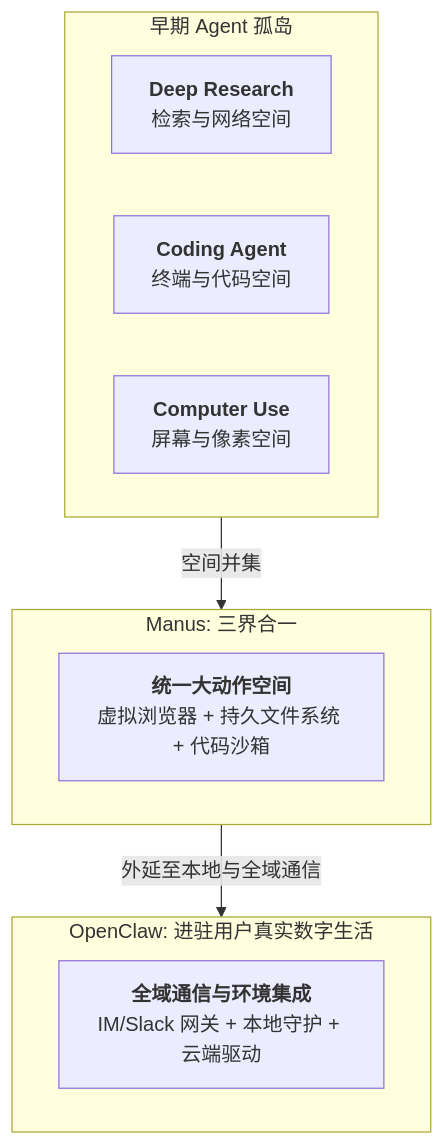
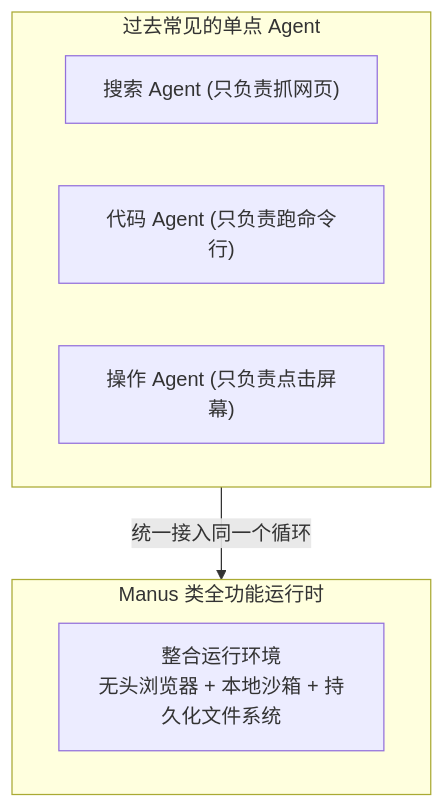
The second of 3 diagrams in app/ch01-fundamentals/01-agent-formula/page.mdx (ljh12138164/ai-agent-study), drawn with Mermaid before and after one commit. The commit also changed other lines of this file and 43 other files, not shown here.

````diff
--- a/app/ch01-fundamentals/01-agent-formula/page.mdx
+++ b/app/ch01-fundamentals/01-agent-formula/page.mdx
@@ -55,19 +50,14 @@
 ```mermaid
 flowchart TD
-    subgraph Early["早期 Agent 孤岛"]
-        A1["<b>Deep Research</b><br/>检索与网络空间"]
-        A2["<b>Coding Agent</b><br/>终端与代码空间"]
-        A3["<b>Computer Use</b><br/>屏幕与像素空间"]
+    subgraph Isolated["过去常见的单点 Agent"]
+        A1["搜索 Agent (只负责抓网页)"]
+        A2["代码 Agent (只负责跑命令行)"]
+        A3["操作 Agent (只负责点击屏幕)"]
     end
 
-    subgraph Manus["Manus: 三界合一"]
-        M["<b>统一大动作空间</b><br/>虚拟浏览器 + 持久文件系统 + 代码沙箱"]
+    subgraph Integrated["Manus 类全功能运行时"]
+        M["整合运行环境<br/>无头浏览器 + 本地沙箱 + 持久化文件系统"]
     end
 
-    subgraph OpenClaw["OpenClaw: 进驻用户真实数字生活"]
-        OC["<b>全域通信与环境集成</b><br/>IM/Slack 网关 + 本地守护 + 云端驱动"]
-    end
-
-    Early -->|空间并集| Manus
-    Manus -->|外延至本地与全域通信| OpenClaw
+    Isolated -->|统一接入同一个循环| Integrated
 ```
````
